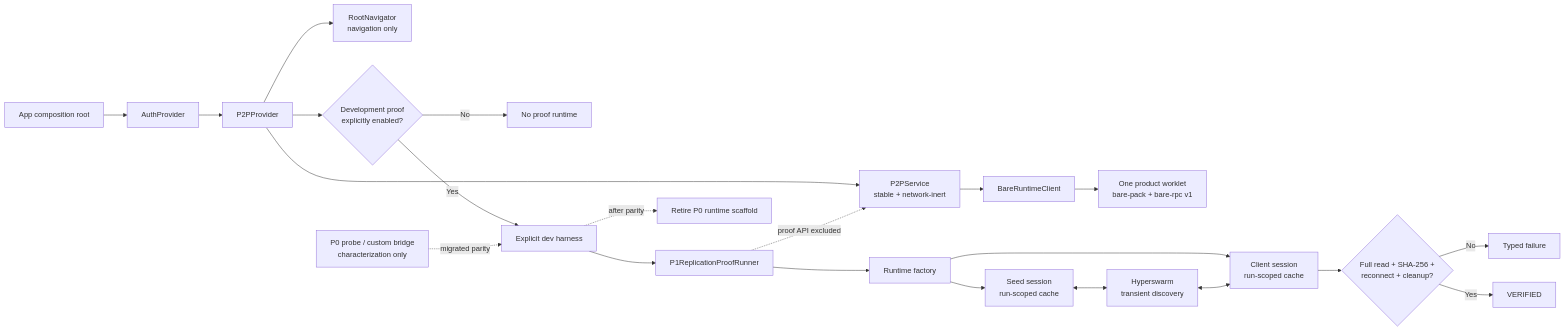
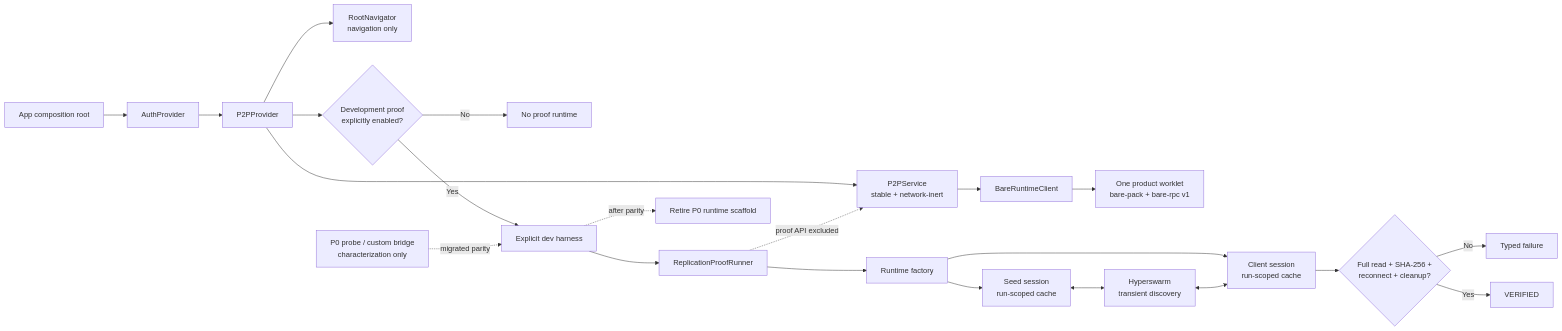
One commit to krukmat/dubbridge changed the second of 2 diagrams in docs/audit/mvp0-p2p-p1-approval-card.md. Above: the diagram before and after it, drawn with Mermaid. The commit also changed other lines of this file and 20 other files, not shown here.

````diff
--- a/docs/audit/mvp0-p2p-p1-approval-card.md
+++ b/docs/audit/mvp0-p2p-p1-approval-card.md
@@ -102,25 +102,25 @@
 ```mermaid
 flowchart LR
   APP["App composition root"] --> AUTH["AuthProvider"]
   AUTH --> P2PP["P2PProvider"]
   P2PP --> NAV["RootNavigator<br/>navigation only"]
   P2PP --> SVC["P2PService<br/>stable + network-inert"]
   SVC --> CLIENT["BareRuntimeClient"]
   CLIENT --> PROD["One product worklet<br/>bare-pack + bare-rpc v1"]
 
   P2PP --> G{"Development proof<br/>explicitly enabled?"}
   G -->|No| IDLE["No proof runtime"]
   G -->|Yes| DEV["Explicit dev harness"]
-  DEV --> RUNNER["P1ReplicationProofRunner"]
+  DEV --> RUNNER["ReplicationProofRunner"]
   RUNNER --> FACTORY["Runtime factory"]
   FACTORY --> SEED["Seed session<br/>run-scoped cache"]
   FACTORY --> VIEWER["Client session<br/>run-scoped cache"]
   SEED <--> SWARM["Hyperswarm<br/>transient discovery"]
   SWARM <--> VIEWER
   VIEWER --> CHECK{"Full read + SHA-256 +<br/>reconnect + cleanup?"}
   CHECK -->|No| FAIL["Typed failure"]
   CHECK -->|Yes| OK["VERIFIED"]
   RUNNER -. proof API excluded .-> SVC
   P0["P0 probe / custom bridge<br/>characterization only"] -. migrated parity .-> DEV
   DEV -. after parity .-> RETIRE["Retire P0 runtime scaffold"]
 ```
````
